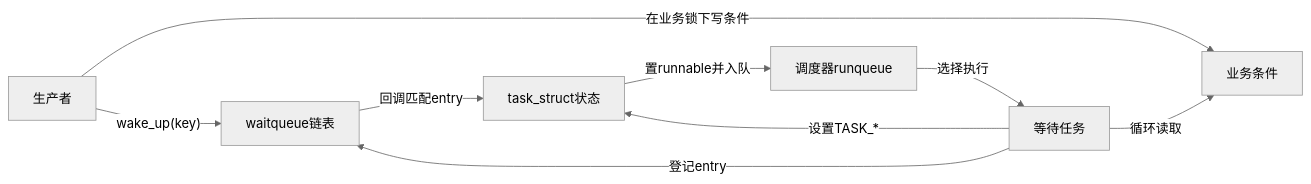
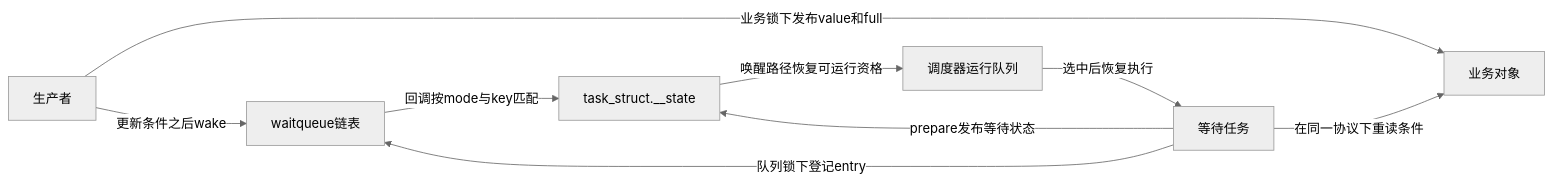
One commit to FormingSystem/linux_note changed the first of 2 diagrams in knowledge/linux/synchronization_and_asynchrony/synchronization/waiting_notification/P03_条件等待的统一状态机.md. Above: the diagram before and after it, drawn with Mermaid (neutral theme). The commit also changed other lines of this file and 7 other files, not shown here.

````diff
--- a/knowledge/linux/synchronization_and_asynchrony/synchronization/waiting_notification/P03_条件等待的统一状态机.md
+++ b/knowledge/linux/synchronization_and_asynchrony/synchronization/waiting_notification/P03_条件等待的统一状态机.md
@@ -29,11 +33,11 @@
 ```mermaid
 flowchart LR
-    P["生产者"] -->|"在业务锁下写条件"| C["业务条件"]
-    W["等待任务"] -->|"循环读取"| C
-    W -->|"登记entry"| Q["waitqueue链表"]
-    W -->|"设置TASK_*"| T["task_struct状态"]
-    P -->|"wake_up(key)"| Q
-    Q -->|"回调匹配entry"| T
-    T -->|"置runnable并入队"| S["调度器runqueue"]
-    S -->|"选择执行"| W
+    P[生产者] -->|业务锁下发布value和full| C[业务对象]
+    W[等待任务] -->|在同一协议下重读条件| C
+    W -->|队列锁下登记entry| Q[waitqueue链表]
+    W -->|prepare发布等待状态| T[task_struct.__state]
+    P -->|更新条件之后wake| Q
+    Q -->|回调按mode与key匹配| T
+    T -->|唤醒路径恢复可运行资格| S[调度器运行队列]
+    S -->|选中后恢复执行| W
 ```
````
